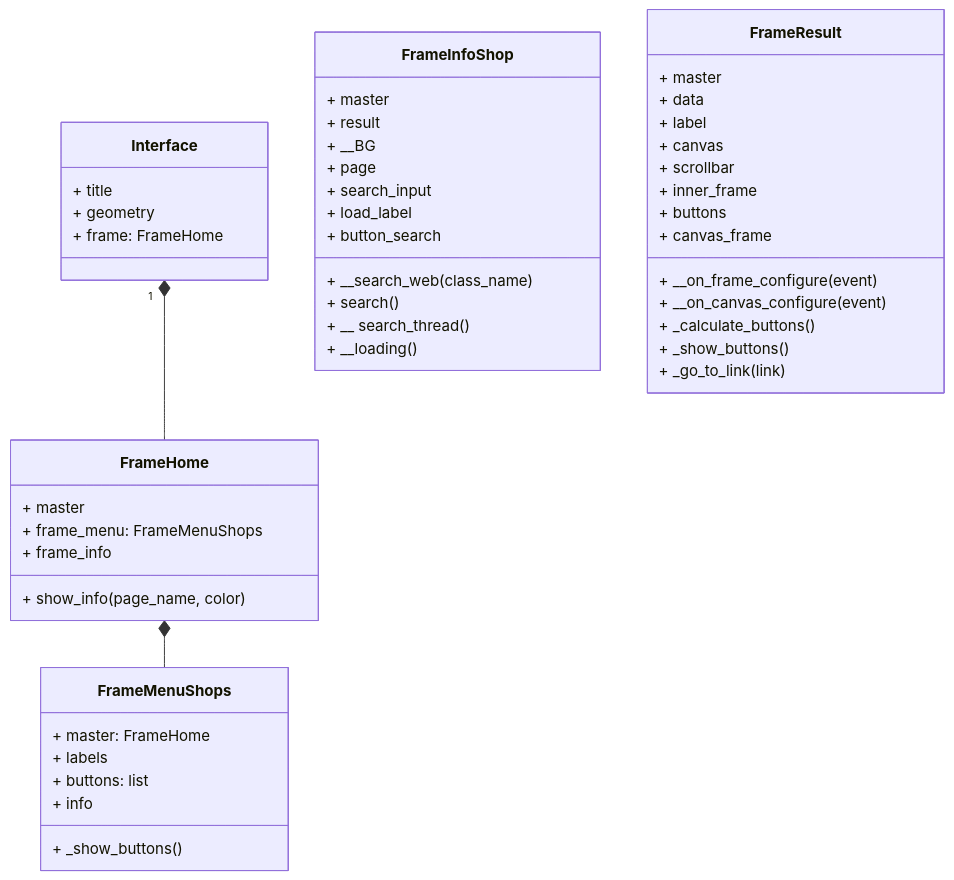
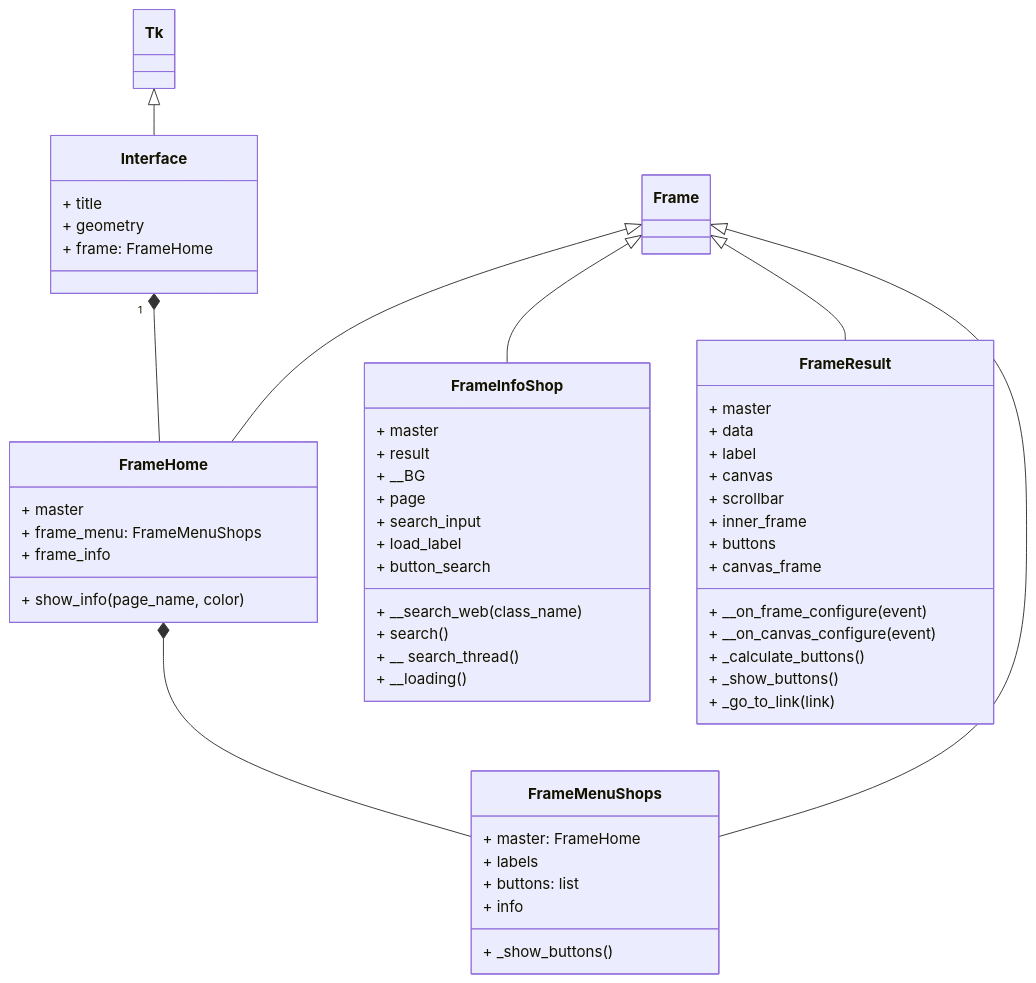
Before and after one commit to Dilanpc/MarketMiner: the second of 2 diagrams in README.md, drawn with Mermaid.

Commit message:
README.md

````diff
--- a/README.md
+++ b/README.md
@@ -106,69 +106,80 @@
 ```mermaid
+
 classDiagram
     Interface "1" *--  FrameHome
    FrameHome *-- FrameMenuShops
-    
+   Tk <|-- Interface
+   Frame <|-- FrameHome
+   Frame <|-- FrameMenuShops
+   Frame <|-- FrameInfoShop
+   Frame <|-- FrameResult
+   
+   
+
+ class Tk{
+    }
+
+ class Frame{
+    }
 
     class Interface{
         + title
         + geometry
         + frame: FrameHome
     }
 
     class FrameHome{
         + master
         + frame_menu: FrameMenuShops
         + frame_info
 
         + show_info(page_name, color)
     }
 
     class FrameMenuShops{
         + master: FrameHome
 + labels
 + buttons: list
 + info
 
 + _show_buttons()
 
     }
 
 class FrameInfoShop{
         + master
         + result
         + __BG
         + page
         + search_input
         + load_label
         + button_search
 
         + __search_web(class_name)
 + search()
 + __ search_thread()
 + __loading()
     }
 
 class FrameResult{
         + master
 + data
 + label
 + canvas
 + scrollbar
 + inner_frame
 + buttons
 + canvas_frame
       
 + __on_frame_configure(event)
 + __on_canvas_configure(event)
 + _calculate_buttons()
 + _show_buttons()
 + _go_to_link(link)
     }
 
-
-
-   
+ 
 
     
 
 ```
````
